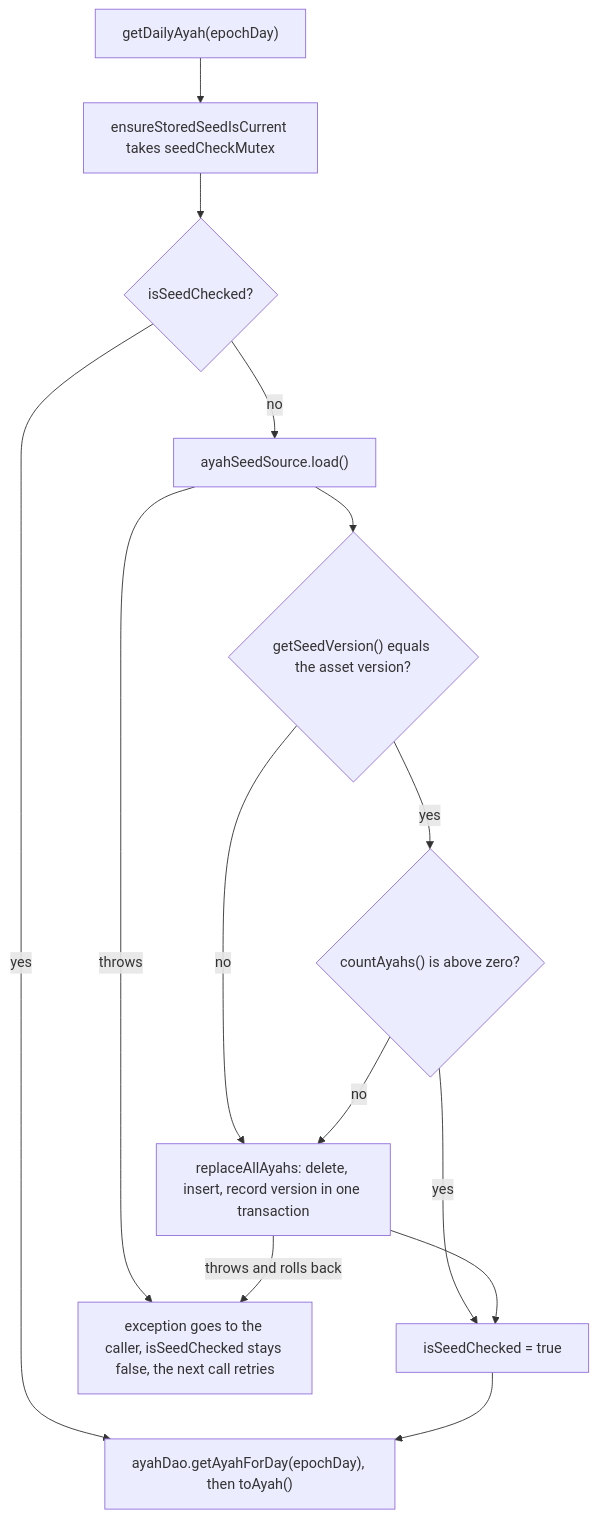
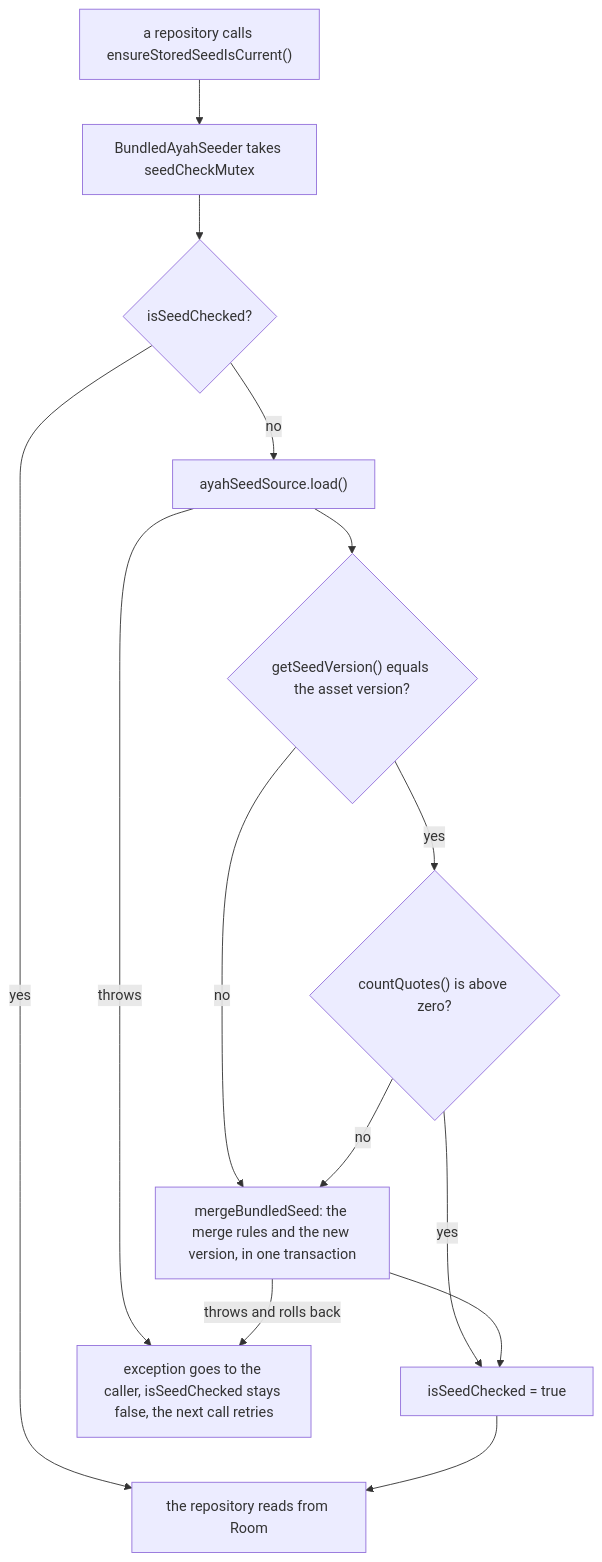
The first of 4 diagrams in docs/Developer-Ayah-Data.md (shibbirweb/al-quran-quotes-android), drawn with Mermaid before and after one commit. The commit also changed other lines of this file and 206 other files, not shown here.

First line of the commit message:
feat: add bottom navigation, quote CRUD with editable bundled ayahs, and a Room schema history check

````diff
--- a/docs/Developer-Ayah-Data.md
+++ b/docs/Developer-Ayah-Data.md
@@ -38,26 +73,26 @@
 ```mermaid
 flowchart TD
-    Call["getDailyAyah(epochDay)"]
-    Lock["ensureStoredSeedIsCurrent takes seedCheckMutex"]
+    Call["a repository calls ensureStoredSeedIsCurrent()"]
+    Lock["BundledAyahSeeder takes seedCheckMutex"]
     Checked{"isSeedChecked?"}
     Load["ayahSeedSource.load()"]
     SameVersion{"getSeedVersion() equals the asset version?"}
-    HasAyahs{"countAyahs() is above zero?"}
-    Replace["replaceAllAyahs: delete, insert, record version in one transaction"]
+    HasQuotes{"countQuotes() is above zero?"}
+    Merge["mergeBundledSeed: the merge rules and the new version, in one transaction"]
     Mark["isSeedChecked = true"]
-    Read["ayahDao.getAyahForDay(epochDay), then toAyah()"]
+    Read["the repository reads from Room"]
     Failed["exception goes to the caller, isSeedChecked stays false, the next call retries"]
     Call --> Lock
     Lock --> Checked
     Checked -->|"yes"| Read
     Checked -->|"no"| Load
     Load --> SameVersion
-    SameVersion -->|"no"| Replace
-    SameVersion -->|"yes"| HasAyahs
-    HasAyahs -->|"no"| Replace
-    HasAyahs -->|"yes"| Mark
-    Replace --> Mark
+    SameVersion -->|"no"| Merge
+    SameVersion -->|"yes"| HasQuotes
+    HasQuotes -->|"no"| Merge
+    HasQuotes -->|"yes"| Mark
+    Merge --> Mark
     Mark --> Read
     Load -->|"throws"| Failed
-    Replace -->|"throws and rolls back"| Failed
+    Merge -->|"throws and rolls back"| Failed
 ```
````
